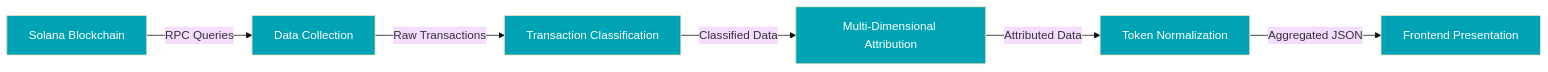
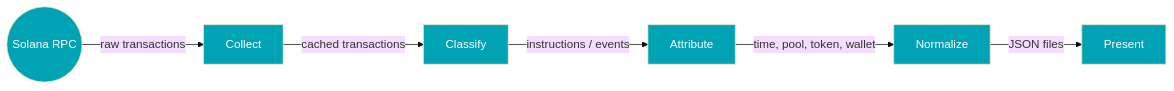
One commit to karstenalytics/frontend changed the first of 6 diagrams in docs/analysis/data-pipeline.mdx. Above: the diagram before and after it, drawn with Mermaid (base theme). The commit also changed other lines of this file and 157 other files, not shown here.

````diff
--- a/docs/analysis/data-pipeline.mdx
+++ b/docs/analysis/data-pipeline.mdx
@@ -18,15 +18,16 @@
 ```mermaid
+%%{init: {'flowchart': {'useMaxWidth': false}}}%%
 graph LR
-    A[Solana Blockchain] -->|RPC Queries| B[Data Collection]
-    B -->|Raw Transactions| C[Transaction Classification]
-    C -->|Classified Data| D[Multi-Dimensional Attribution]
-    D -->|Attributed Data| E[Token Normalization]
-    E -->|Aggregated JSON| F[Frontend Presentation]
+    A((Solana RPC)) -->|raw transactions| B[Collect]
+    B -->|cached transactions| C[Classify]
+    C -->|instructions / events| D[Attribute]
+    D -->|time, pool, token, wallet| E[Normalize]
+    E -->|JSON files| F[Present]
 
     style A fill:#00A3B4,color:#fff
     style B fill:#00A3B4,color:#fff
     style C fill:#00A3B4,color:#fff
     style D fill:#00A3B4,color:#fff
     style E fill:#00A3B4,color:#fff
     style F fill:#00A3B4,color:#fff
 ```
````
